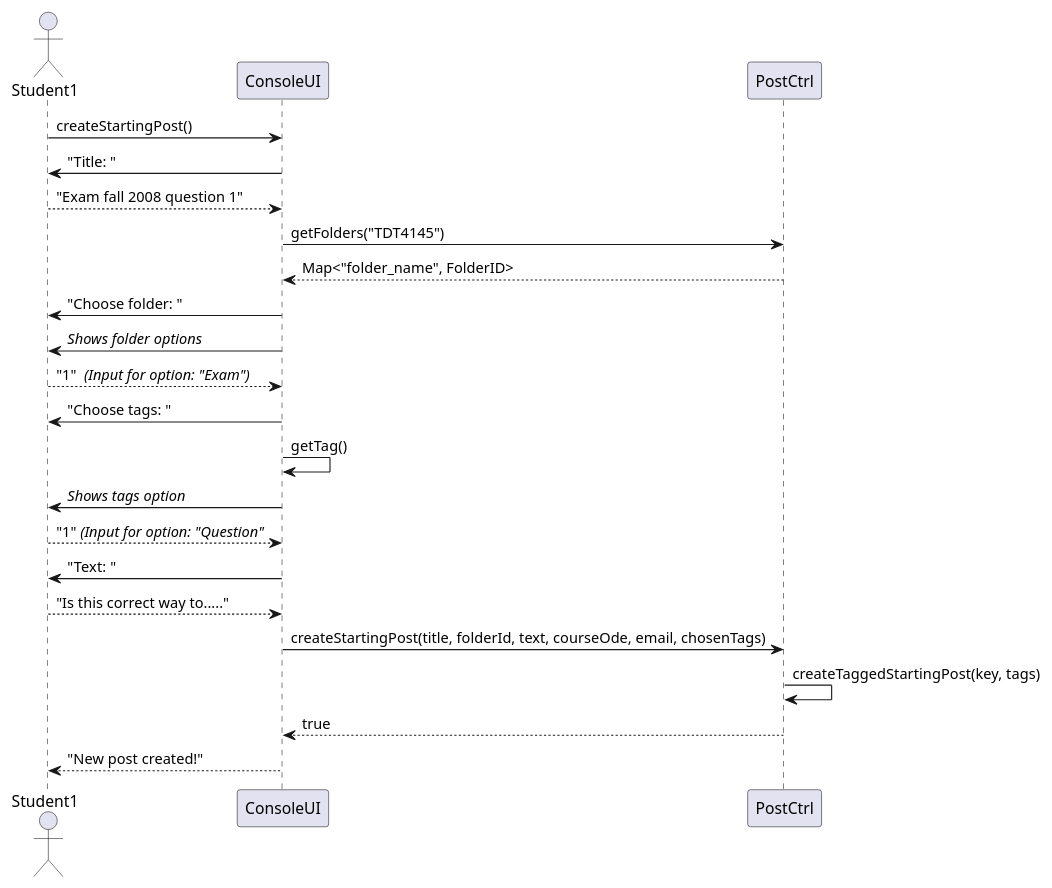
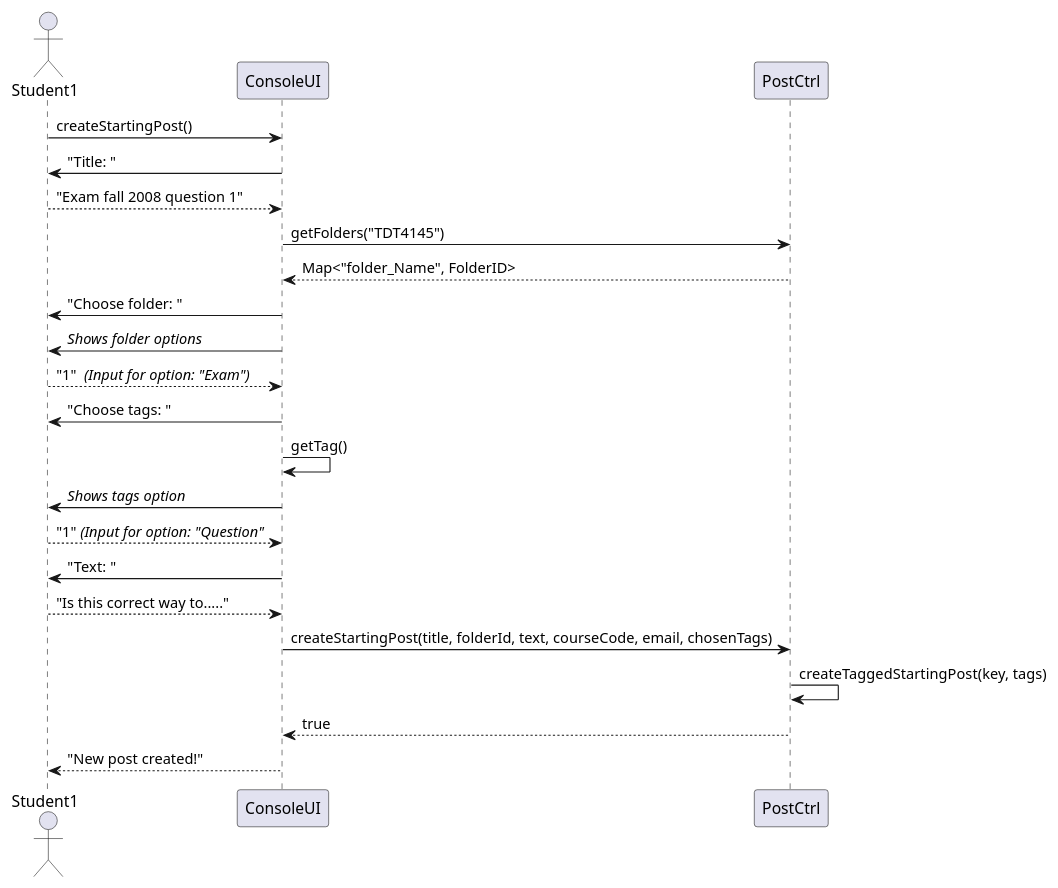
Before and after one commit to kavusiks/ForumDatabase: the diagram in Piazza/src/Documentations/UC2TaggedPostInFolder_SequenceDiagram.puml, drawn with PlantUML. The commit also changed 1 other file, not shown here.

Commit message:
adding more functionality to choosTags

```diff
--- a/Piazza/src/Documentations/UC2TaggedPostInFolder_SequenceDiagram.puml
+++ b/Piazza/src/Documentations/UC2TaggedPostInFolder_SequenceDiagram.puml
@@ -1,21 +1,21 @@
 @startuml
 actor Student1
 Student1 -> ConsoleUI: createStartingPost()
 ConsoleUI -> Student1: "Title: "
 Student1 --> ConsoleUI: "Exam fall 2008 question 1"
 ConsoleUI -> PostCtrl: getFolders("TDT4145")
-PostCtrl --> ConsoleUI: Map<"folder_name", FolderID>
+PostCtrl --> ConsoleUI: Map<"folder_Name", FolderID>
 ConsoleUI -> Student1: "Choose folder: "
 ConsoleUI -> Student1: //Shows folder options//
 Student1 --> ConsoleUI: "1"  //(Input for option: "Exam")//
 ConsoleUI -> Student1: "Choose tags: "
 ConsoleUI -> ConsoleUI: getTag()
 ConsoleUI -> Student1: //Shows tags option//
 Student1 --> ConsoleUI: "1" //(Input for option: "Question"//
 ConsoleUI -> Student1: "Text: "
 Student1 --> ConsoleUI: "Is this correct way to....."
-ConsoleUI -> PostCtrl: createStartingPost(title, folderId, text, courseOde, email, chosenTags)
+ConsoleUI -> PostCtrl: createStartingPost(title, folderId, text, courseCode, email, chosenTags)
 PostCtrl -> PostCtrl: createTaggedStartingPost(key, tags)
 PostCtrl --> ConsoleUI: true
 ConsoleUI --> Student1: "New post created!"
 @enduml
```
